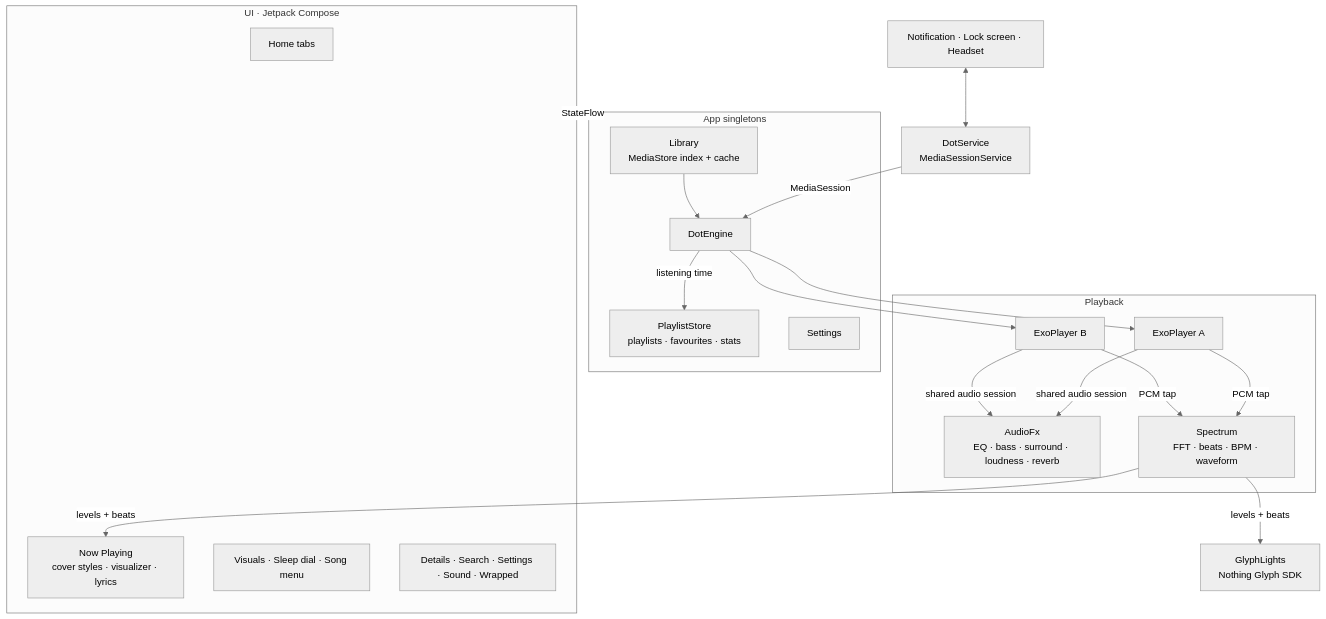
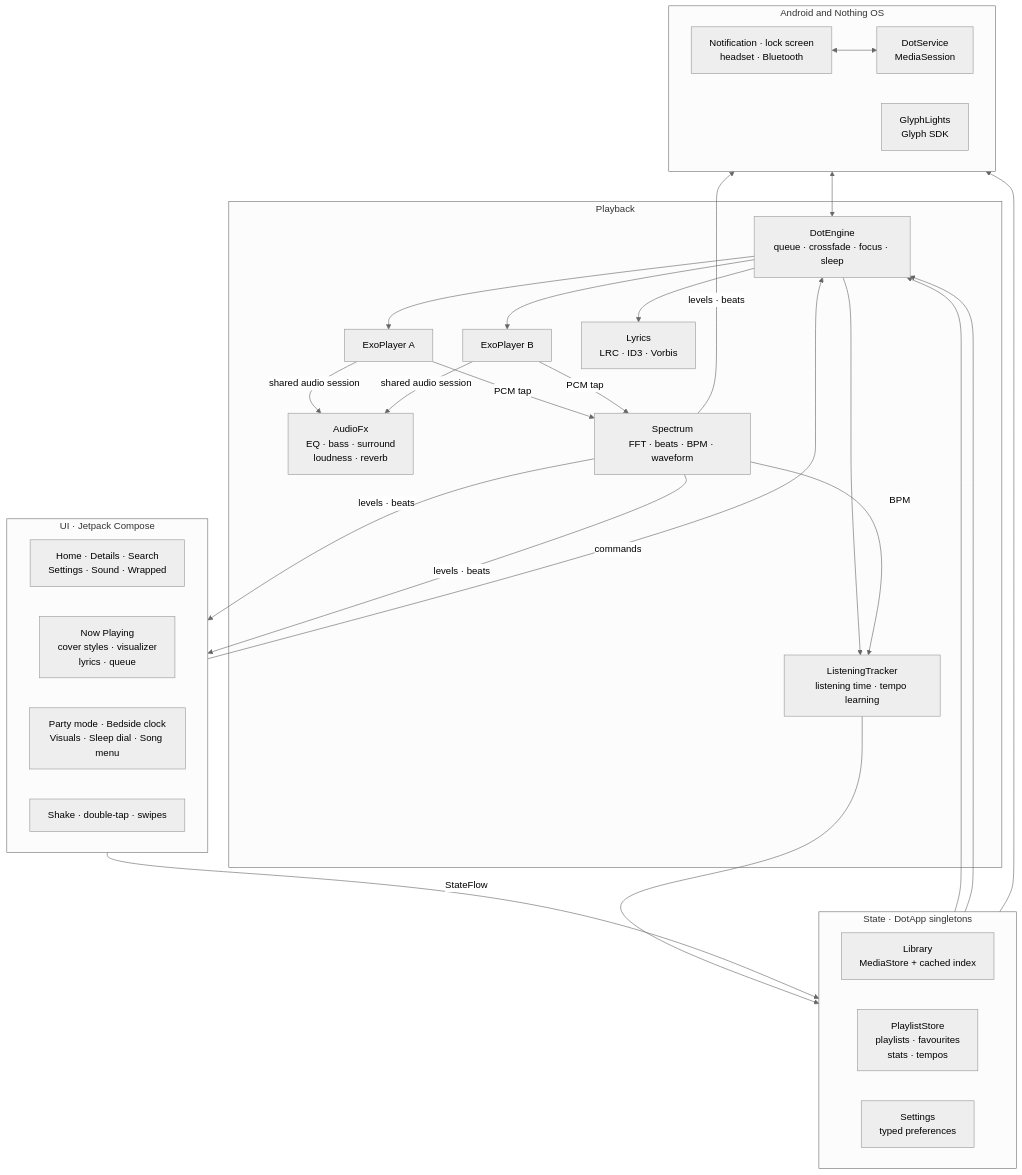
Before and after one commit to ShahadatTest/dot: the first of 5 diagrams in README.md, drawn with Mermaid (neutral theme). The commit also changed other lines of this file, not shown here.

Commit message:
rewrite architecture docs with layer, data and navigation diagrams

````diff
--- a/README.md
+++ b/README.md
@@ -92,38 +94,48 @@
 ```mermaid
 flowchart TB
     subgraph UI["UI · Jetpack Compose"]
-        Home["Home tabs"]
-        NP["Now Playing<br/>cover styles · visualizer · lyrics"]
-        Sheets["Visuals · Sleep dial · Song menu"]
-        Screens["Details · Search · Settings · Sound · Wrapped"]
+        direction LR
+        Screens["Home · Details · Search<br/>Settings · Sound · Wrapped"]
+        NP["Now Playing<br/>cover styles · visualizer<br/>lyrics · queue"]
+        Overlays["Party mode · Bedside clock<br/>Visuals · Sleep dial · Song menu"]
+        Gestures["Shake · double-tap · swipes"]
     end
 
-    subgraph Core["App singletons"]
-        Library["Library<br/>MediaStore index + cache"]
-        Store["PlaylistStore<br/>playlists · favourites · stats"]
-        Prefs["Settings"]
-        Engine["DotEngine"]
+    subgraph Core["State · DotApp singletons"]
+        direction LR
+        Library["Library<br/>MediaStore + cached index"]
+        Store["PlaylistStore<br/>playlists · favourites<br/>stats · tempos"]
+        Prefs["Settings<br/>typed preferences"]
     end
 
-    subgraph Audio["Playback"]
+    subgraph Playback["Playback"]
+        Engine["DotEngine<br/>queue · crossfade · focus · sleep"]
+        Tracker["ListeningTracker<br/>listening time · tempo learning"]
         P1["ExoPlayer A"]
         P2["ExoPlayer B"]
-        Fx["AudioFx<br/>EQ · bass · surround · loudness · reverb"]
+        Fx["AudioFx<br/>EQ · bass · surround<br/>loudness · reverb"]
         Spec["Spectrum<br/>FFT · beats · BPM · waveform"]
+        Lyrics["Lyrics<br/>LRC · ID3 · Vorbis"]
     end
 
-    Glyph["GlyphLights<br/>Nothing Glyph SDK"]
-    Service["DotService<br/>MediaSessionService"]
-    System["Notification · Lock screen · Headset"]
+    subgraph System["Android and Nothing OS"]
+        direction LR
+        Service["DotService<br/>MediaSession"]
+        Glyph["GlyphLights<br/>Glyph SDK"]
+        Media["Notification · lock screen<br/>headset · Bluetooth"]
+    end
 
-    UI -->|StateFlow| Core
+    UI -- "StateFlow" --> Core
+    UI -- "commands" --> Engine
+    Library --> Engine
+    Prefs --> Engine & Glyph
     Engine --> P1 & P2
-    P1 & P2 -->|shared audio session| Fx
-    P1 & P2 -->|PCM tap| Spec
-    Spec -->|levels + beats| NP
-    Spec -->|levels + beats| Glyph
-    Service -->|MediaSession| Engine
-    System <--> Service
-    Library --> Engine
-    Engine -->|listening time| Store
+    Engine --> Tracker --> Store
+    Engine --> Lyrics
+    P1 & P2 -- "shared audio session" --> Fx
+    P1 & P2 -- "PCM tap" --> Spec
+    Spec -- "levels · beats" --> NP & Overlays & Glyph
+    Spec -- "BPM" --> Tracker
+    Service <--> Engine
+    Media <--> Service
 ```
````
